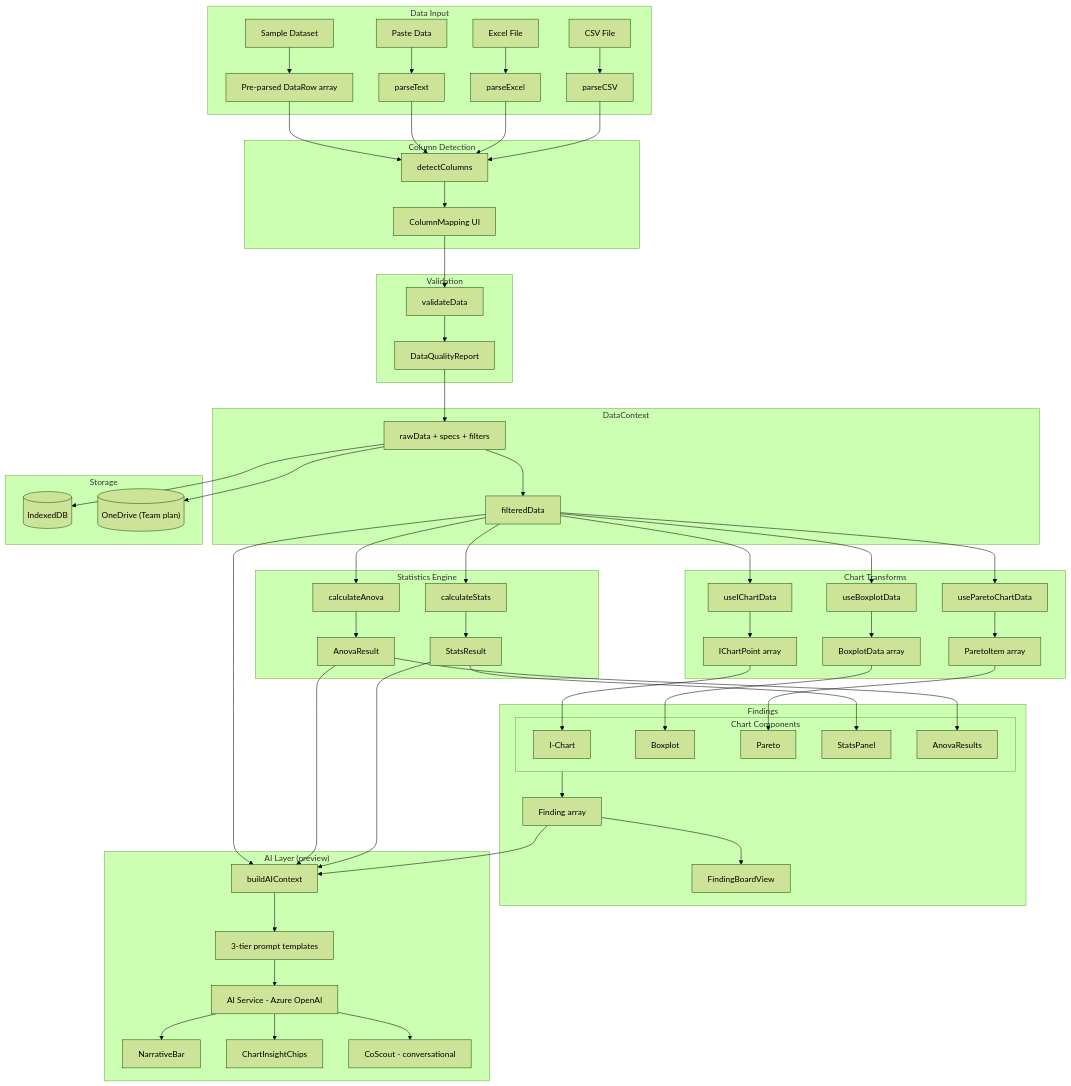
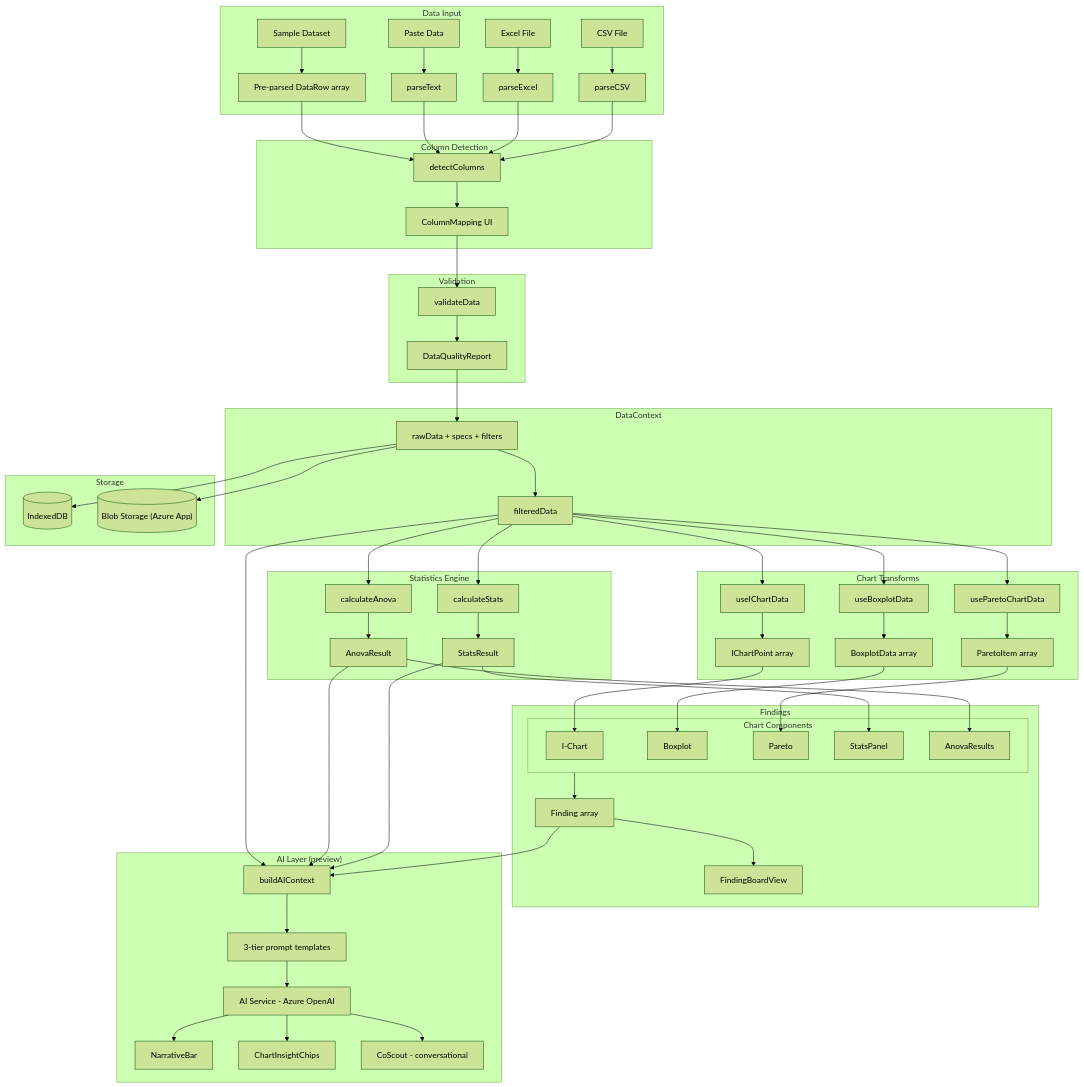
Before and after one commit to jukka-matti/variscout: the first of 6 diagrams in docs/05-technical/architecture/data-pipeline-map.md, drawn with Mermaid (forest theme). The commit also changed other lines of this file and 55 other files, not shown here.

````diff
--- a/docs/05-technical/architecture/data-pipeline-map.md
+++ b/docs/05-technical/architecture/data-pipeline-map.md
@@ -18,73 +18,73 @@
 ```mermaid
 flowchart TB
     subgraph Input["Data Input"]
         CSV[CSV File] --> Parse[parseCSV]
         XLS[Excel File] --> ParseXL[parseExcel]
         Paste[Paste Data] --> ParseTxt[parseText]
         Sample[Sample Dataset] --> Direct[Pre-parsed DataRow array]
     end
 
     subgraph Detection["Column Detection"]
         Parse --> DC[detectColumns]
         ParseXL --> DC
         ParseTxt --> DC
         Direct --> DC
         DC --> CM[ColumnMapping UI]
     end
 
     subgraph Validation["Validation"]
         CM --> VD[validateData]
         VD --> DQR[DataQualityReport]
     end
 
     subgraph State["DataContext"]
         DQR --> CTX[rawData + specs + filters]
         CTX --> FD[filteredData]
     end
 
     subgraph Stats["Statistics Engine"]
         FD --> CS[calculateStats]
         CS --> SR[StatsResult]
         FD --> CA[calculateAnova]
         CA --> AR[AnovaResult]
     end
 
     subgraph Charts["Chart Transforms"]
         FD --> IC[useIChartData]
         IC --> ICP[IChartPoint array]
         FD --> BD[useBoxplotData]
         BD --> BDD[BoxplotData array]
         FD --> PD[useParetoChartData]
         PD --> PI[ParetoItem array]
     end
 
     subgraph Presentation["Chart Components"]
         ICP --> ICH[I-Chart]
         BDD --> BOX[Boxplot]
         PI --> PAR[Pareto]
         SR --> STP[StatsPanel]
         AR --> ANV[AnovaResults]
     end
 
     subgraph Investigation["Findings"]
         Presentation --> FND[Finding array]
         FND --> Board[FindingBoardView]
     end
 
     subgraph AI["AI Layer (preview)"]
         SR --> AIC[buildAIContext]
         AR --> AIC
         FD --> AIC
         FND --> AIC
         AIC --> Prompts[3-tier prompt templates]
         Prompts --> SVC[AI Service - Azure OpenAI]
         SVC --> NB[NarrativeBar]
         SVC --> CIC[ChartInsightChips]
         SVC --> COS[CoScout - conversational]
     end
 
     subgraph Persistence["Storage"]
         CTX --> IDB[(IndexedDB)]
-        CTX --> OD[("OneDrive (Team plan)")]
+        CTX --> OD[("Blob Storage (Azure App)")]
     end
 ```
````
